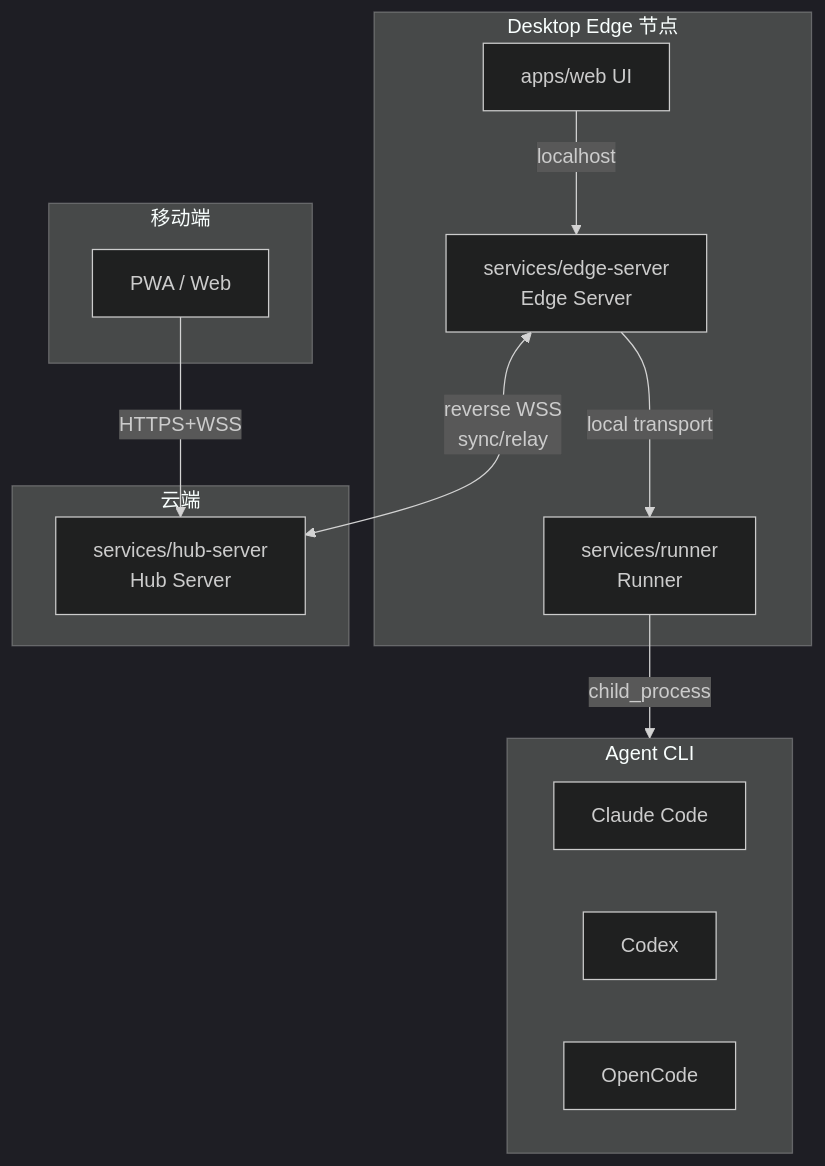
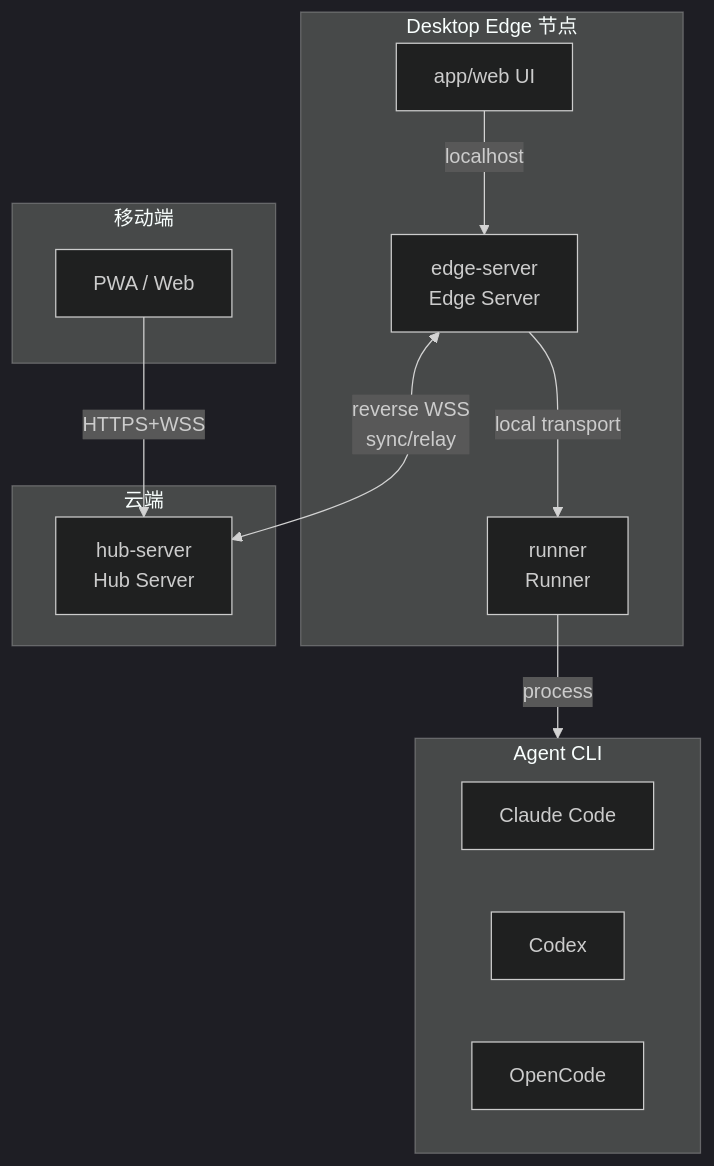
The first of 10 diagrams in docs/architecture.md (TokenDanceLab/AgentHub), drawn with Mermaid (dark theme) before and after one commit. The commit also changed other lines of this file and 112 other files, not shown here.

````diff
--- a/docs/architecture.md
+++ b/docs/architecture.md
@@ -5,28 +5,28 @@
 ```mermaid
 graph TB
     subgraph Desktop["Desktop Edge 节点"]
-        UI["apps/web UI"]
-        Edge["services/edge-server<br/>Edge Server"]
-        R["services/runner<br/>Runner"]
+        UI["app/web UI"]
+        Edge["edge-server<br/>Edge Server"]
+        R["runner<br/>Runner"]
     end
 
     subgraph Cloud["云端"]
-        Hub["services/hub-server<br/>Hub Server"]
+        Hub["hub-server<br/>Hub Server"]
     end
 
     subgraph Mobile["移动端"]
         MUI["PWA / Web"]
     end
 
     subgraph Agents["Agent CLI"]
         CC["Claude Code"]
         CX["Codex"]
         OC["OpenCode"]
     end
 
     UI -->|"localhost"| Edge
     Edge -->|"local transport"| R
-    R -->|"child_process"| Agents
+    R -->|"process"| Agents
     Edge <-->|"reverse WSS<br/>sync/relay"| Hub
     MUI -->|"HTTPS+WSS"| Hub
 ```
````
